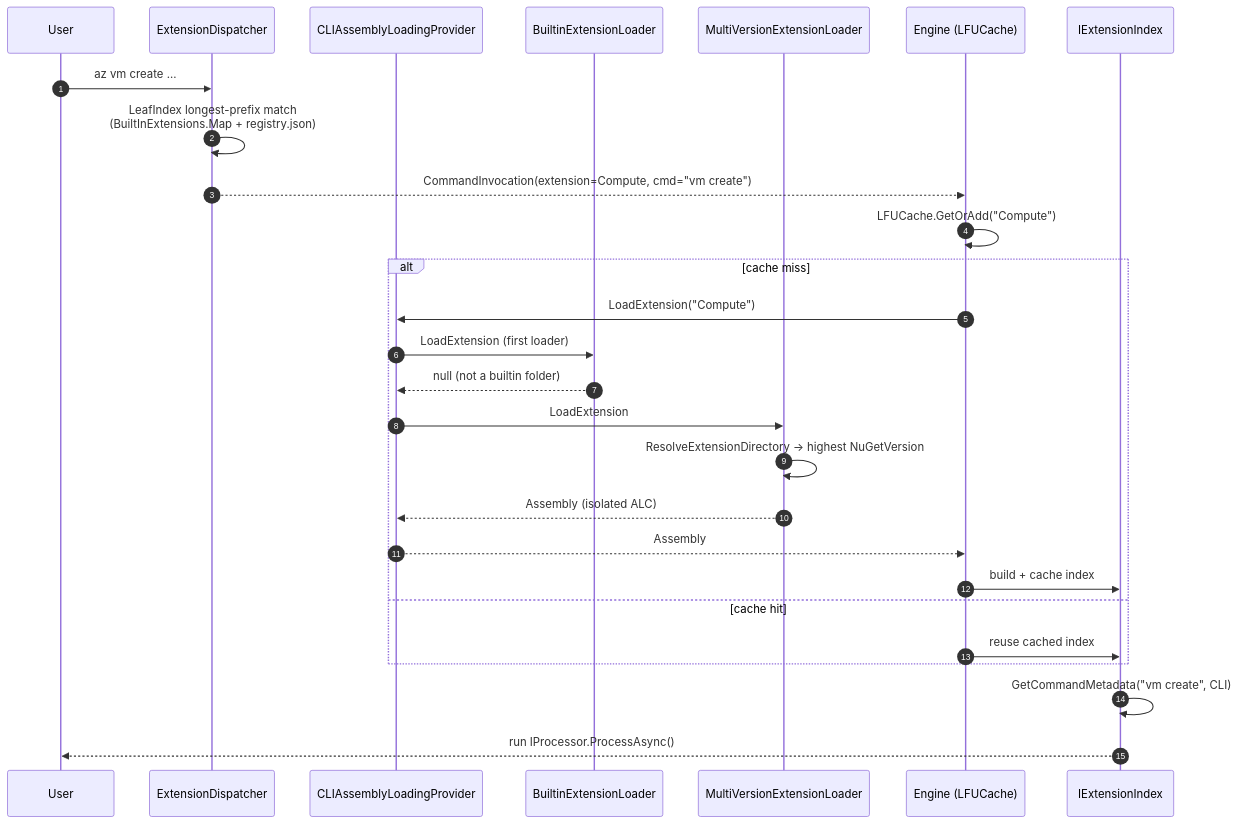
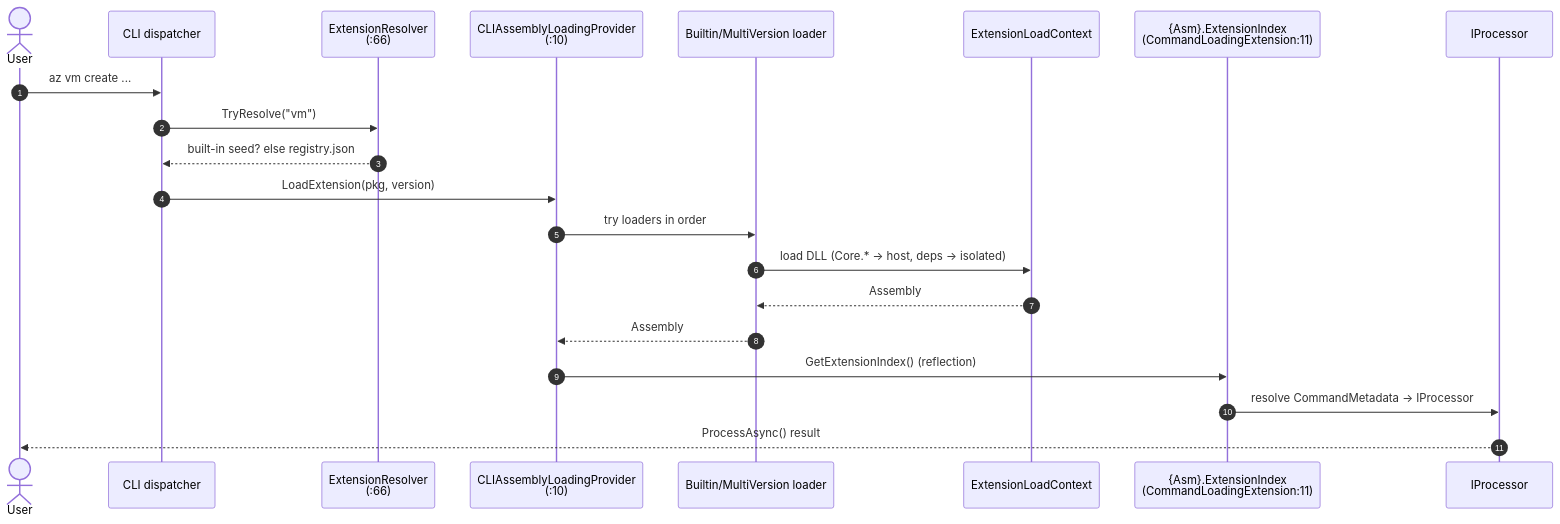
The first of 2 diagrams in wiki/02-deep-dive/extension-system.md (Azure/azclips), drawn with Mermaid before and after one commit. The commit also changed other lines of this file and 34 other files, not shown here.

First line of the commit message:
docs(wiki): refresh generated architecture documentation

````diff
--- a/wiki/02-deep-dive/extension-system.md
+++ b/wiki/02-deep-dive/extension-system.md
@@ -189,30 +58,24 @@
 ```mermaid
 sequenceDiagram
     autonumber
-    participant U as User
-    participant D as ExtensionDispatcher
-    participant P as CLIAssemblyLoadingProvider
-    participant B as BuiltinExtensionLoader
-    participant M as MultiVersionExtensionLoader
-    participant E as Engine (LFUCache)
-    participant I as IExtensionIndex
+    actor User
+    participant Dispatch as CLI dispatcher
+    participant Resolver as ExtensionResolver<br>(:66)
+    participant Provider as CLIAssemblyLoadingProvider<br>(:10)
+    participant Loader as Builtin/MultiVersion loader
+    participant ALC as ExtensionLoadContext
+    participant Index as {Asm}.ExtensionIndex<br>(CommandLoadingExtension:11)
+    participant Proc as IProcessor
 
-    U->>D: az vm create ...
-    D->>D: LeafIndex longest-prefix match<br>(BuiltInExtensions.Map + registry.json)
-    D-->>E: CommandInvocation(extension=Compute, cmd="vm create")
-    E->>E: LFUCache.GetOrAdd("Compute")
-    alt cache miss
-        E->>P: LoadExtension("Compute")
-        P->>B: LoadExtension (first loader)
-        B-->>P: null (not a builtin folder)
-        P->>M: LoadExtension
-        M->>M: ResolveExtensionDirectory → highest NuGetVersion
-        M-->>P: Assembly (isolated ALC)
-        P-->>E: Assembly
-        E->>I: build + cache index
-    else cache hit
-        E->>I: reuse cached index
-    end
-    I->>I: GetCommandMetadata("vm create", CLI)
-    I-->>U: run IProcessor.ProcessAsync()
+    User->>Dispatch: az vm create ...
+    Dispatch->>Resolver: TryResolve("vm")
+    Resolver-->>Dispatch: built-in seed? else registry.json
+    Dispatch->>Provider: LoadExtension(pkg, version)
+    Provider->>Loader: try loaders in order
+    Loader->>ALC: load DLL (Core.* → host, deps → isolated)
+    ALC-->>Loader: Assembly
+    Loader-->>Provider: Assembly
+    Provider->>Index: GetExtensionIndex() (reflection)
+    Index->>Proc: resolve CommandMetadata → IProcessor
+    Proc-->>User: ProcessAsync() result
 ```
````
